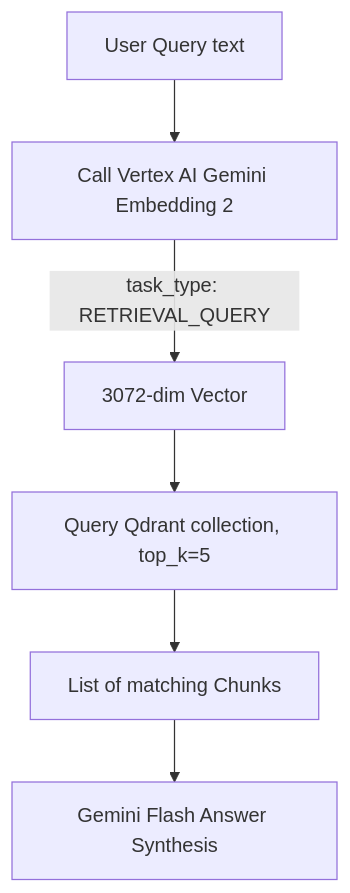
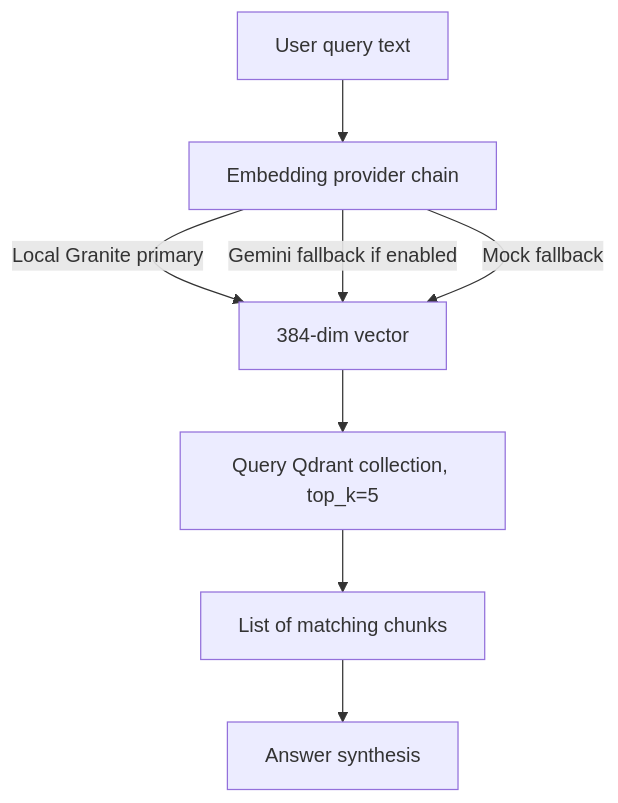
Before and after one commit to Laurentzius/smartkeden: the second of 3 diagrams in flows/features/semantic_embedding_flow.md, drawn with Mermaid. The commit also changed other lines of this file and 32 other files, not shown here.

````diff
--- a/flows/features/semantic_embedding_flow.md
+++ b/flows/features/semantic_embedding_flow.md
@@ -52,8 +55,10 @@
 ```mermaid
 flowchart TD
-  Query[User Query text] --> EmbedQuery[Call Vertex AI Gemini Embedding 2]
-  EmbedQuery -->|task_type: RETRIEVAL_QUERY| Vector[3072-dim Vector]
+  Query[User query text] --> EmbedQuery[Embedding provider chain]
+  EmbedQuery -->|Local Granite primary| Vector[384-dim vector]
+  EmbedQuery -->|Gemini fallback if enabled| Vector
+  EmbedQuery -->|Mock fallback| Vector
   Vector --> QueryQdrant[Query Qdrant collection, top_k=5]
-  QueryQdrant --> Results[List of matching Chunks]
-  Results --> Synth[Gemini Flash Answer Synthesis]
+  QueryQdrant --> Results[List of matching chunks]
+  Results --> Synth[Answer synthesis]
 ```
````
